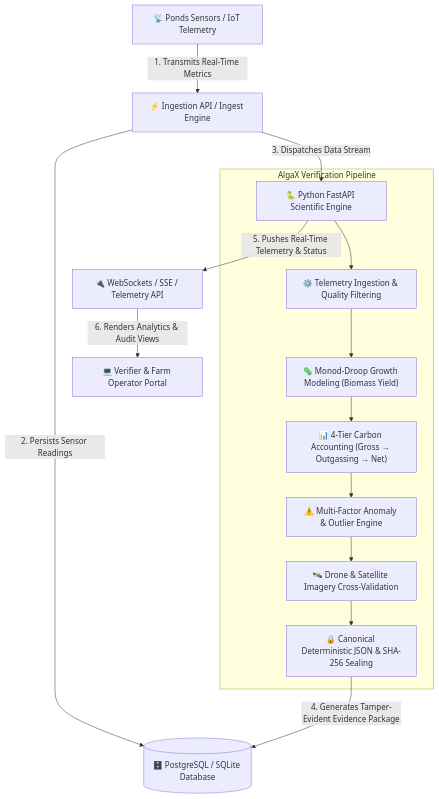
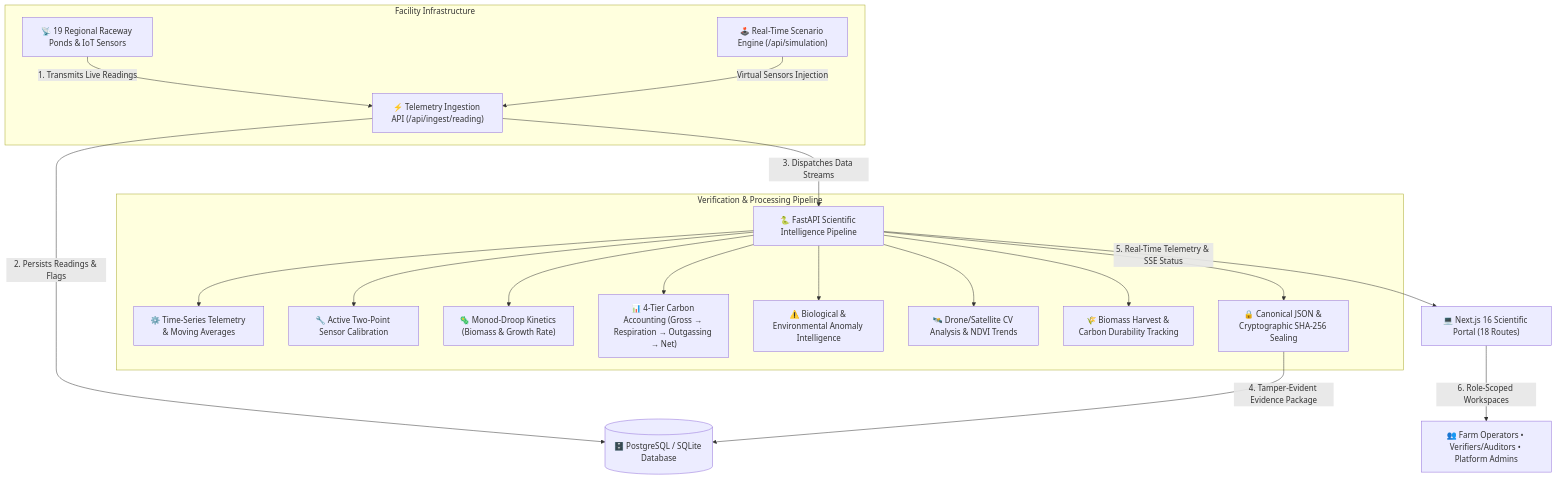
One commit to VekariaDharmesh/AlgaX changed the diagram in README.md. Above: the diagram before and after it, drawn with Mermaid. The commit also changed other lines of this file and 63 other files, not shown here.

````diff
--- a/README.md
+++ b/README.md
@@ -12,19 +68,25 @@
 ```mermaid
 graph TD
-    Sensor["📡 Ponds Sensors / IoT Telemetry"] -->|1. Transmits Real-Time Metrics| Ingest["⚡ Ingestion API / Ingest Engine"]
-    Ingest -->|2. Persists Sensor Readings| DB[("🗄️ PostgreSQL / SQLite Database")]
-    Ingest -->|3. Dispatches Data Stream| Science["🐍 Python FastAPI Scientific Engine"]
-    
-    subgraph AlgaX Verification Pipeline
-        Science --> Telemetry["⚙️ Telemetry Ingestion & Quality Filtering"]
-        Telemetry --> Growth["🦠 Monod-Droop Growth Modeling (Biomass Yield)"]
-        Growth --> Waterfall["📊 4-Tier Carbon Accounting (Gross → Outgassing → Net)"]
-        Waterfall --> Anomaly["⚠️ Multi-Factor Anomaly & Outlier Engine"]
-        Anomaly --> Imagery["🛰️ Drone & Satellite Imagery Cross-Validation"]
-        Imagery --> Hashing["🔒 Canonical Deterministic JSON & SHA-256 Sealing"]
+    subgraph Facility Infrastructure
+        Sensors["📡 19 Regional Raceway Ponds & IoT Sensors"] -->|1. Transmits Live Readings| Ingest["⚡ Telemetry Ingestion API (/api/ingest/reading)"]
+        Simulator["🕹️ Real-Time Scenario Engine (/api/simulation)"] -->|Virtual Sensors Injection| Ingest
     end
-    
-    Hashing -->|4. Generates Tamper-Evident Evidence Package| DB
-    Science -->|5. Pushes Real-Time Telemetry & Status| WS["🔌 WebSockets / SSE / Telemetry API"]
-    WS -->|6. Renders Analytics & Audit Views| Verifier["💻 Verifier & Farm Operator Portal"]
+
+    Ingest -->|2. Persists Readings & Flags| DB[("🗄️ PostgreSQL / SQLite Database")]
+    Ingest -->|3. Dispatches Data Streams| Pipeline["🐍 FastAPI Scientific Intelligence Pipeline"]
+
+    subgraph Verification & Processing Pipeline
+        Pipeline --> Telemetry["⚙️ Time-Series Telemetry & Moving Averages"]
+        Pipeline --> Calibration["🔧 Active Two-Point Sensor Calibration"]
+        Pipeline --> Modeling["🦠 Monod-Droop Kinetics (Biomass & Growth Rate)"]
+        Pipeline --> Carbon["📊 4-Tier Carbon Accounting (Gross → Respiration → Outgassing → Net)"]
+        Pipeline --> Anomaly["⚠️ Biological & Environmental Anomaly Intelligence"]
+        Pipeline --> Imagery["🛰️ Drone/Satellite CV Analysis & NDVI Trends"]
+        Pipeline --> Harvest["🌾 Biomass Harvest & Carbon Durability Tracking"]
+        Pipeline --> Sealing["🔒 Canonical JSON & Cryptographic SHA-256 Sealing"]
+    end
+
+    Sealing -->|4. Tamper-Evident Evidence Package| DB
+    Pipeline -->|5. Real-Time Telemetry & SSE Status| Frontend["💻 Next.js 16 Scientific Portal (18 Routes)"]
+    Frontend -->|6. Role-Scoped Workspaces| Users["👥 Farm Operators • Verifiers/Auditors • Platform Admins"]
 ```
````
